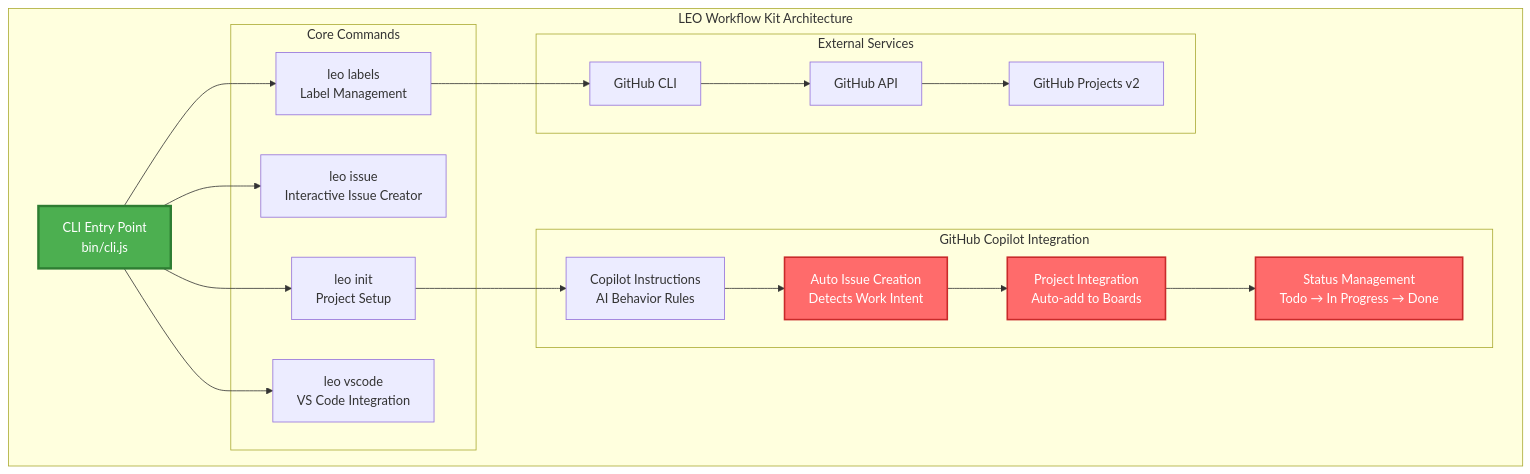
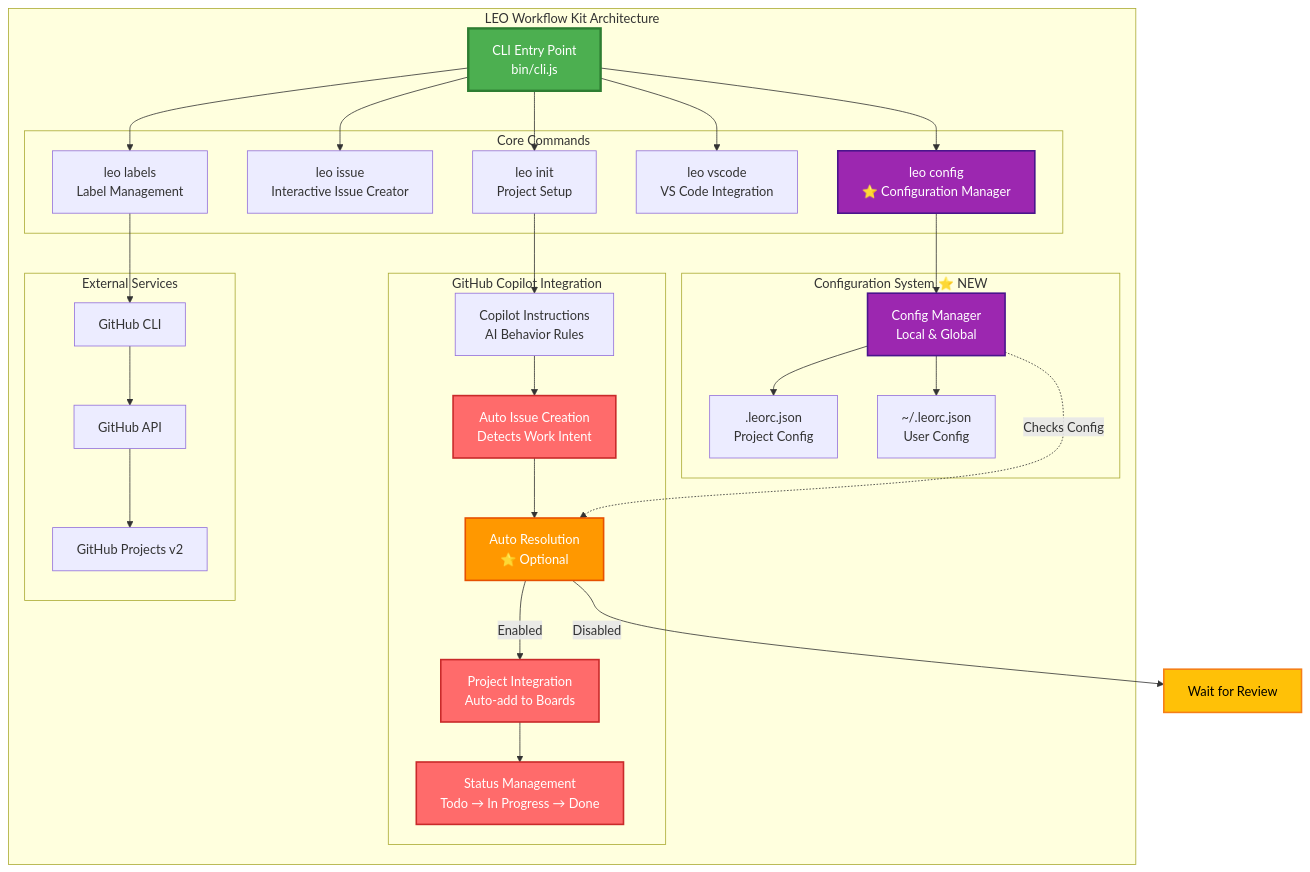
The first of 2 diagrams in README.md (leopagotto/ingvar-kit), drawn with Mermaid before and after one commit. The commit also changed other lines of this file and 3 other files, not shown here.

Commit message:
docs: update architecture diagrams & wiki for v2.6.0

````diff
--- a/README.md
+++ b/README.md
@@ -56,45 +56,66 @@
 ```mermaid
 graph TB
     subgraph "LEO Workflow Kit Architecture"
         CLI[CLI Entry Point<br/>bin/cli.js]
 
         subgraph "Core Commands"
             INIT[leo init<br/>Project Setup]
             ISSUE[leo issue<br/>Interactive Issue Creator]
             LABELS[leo labels<br/>Label Management]
             VSCODE[leo vscode<br/>VS Code Integration]
+            CONFIG[leo config<br/>⭐ Configuration Manager]
+        end
+
+        subgraph "Configuration System ⭐ NEW"
+            CONFIG_MGR[Config Manager<br/>Local & Global]
+            LOCAL_CFG[.leorc.json<br/>Project Config]
+            GLOBAL_CFG[~/.leorc.json<br/>User Config]
+            CONFIG_MGR --> LOCAL_CFG
+            CONFIG_MGR --> GLOBAL_CFG
         end
 
         subgraph "GitHub Copilot Integration"
             COPILOT_INST[Copilot Instructions<br/>AI Behavior Rules]
             AUTO_ISSUE[Auto Issue Creation<br/>Detects Work Intent]
+            AUTO_RESOLVE[Auto Resolution<br/>⭐ Optional]
             AUTO_PROJECT[Project Integration<br/>Auto-add to Boards]
             AUTO_STATUS[Status Management<br/>Todo → In Progress → Done]
         end
 
         subgraph "External Services"
             GH[GitHub CLI]
             GHAPI[GitHub API]
             GHPROJECTS[GitHub Projects v2]
         end
     end
 
     CLI --> INIT
     CLI --> ISSUE
     CLI --> LABELS
     CLI --> VSCODE
+    CLI --> CONFIG
+
+    CONFIG --> CONFIG_MGR
 
     INIT --> COPILOT_INST
     COPILOT_INST --> AUTO_ISSUE
-    AUTO_ISSUE --> AUTO_PROJECT
+    AUTO_ISSUE --> AUTO_RESOLVE
+    AUTO_RESOLVE -->|Enabled| AUTO_PROJECT
+    AUTO_RESOLVE -->|Disabled| WAIT[Wait for Review]
     AUTO_PROJECT --> AUTO_STATUS
+
+    CONFIG_MGR -.->|Checks Config| AUTO_RESOLVE
 
     LABELS --> GH
     GH --> GHAPI
     GHAPI --> GHPROJECTS
 
     style CLI fill:#4CAF50,stroke:#2E7D32,stroke-width:3px,color:#fff
+    style CONFIG fill:#9C27B0,stroke:#4A148C,stroke-width:2px,color:#fff
+    style CONFIG_MGR fill:#9C27B0,stroke:#4A148C,stroke-width:2px,color:#fff
     style AUTO_ISSUE fill:#FF6B6B,stroke:#C92A2A,stroke-width:2px,color:#fff
+    style AUTO_RESOLVE fill:#FF9800,stroke:#E65100,stroke-width:2px,color:#fff
     style AUTO_PROJECT fill:#FF6B6B,stroke:#C92A2A,stroke-width:2px,color:#fff
     style AUTO_STATUS fill:#FF6B6B,stroke:#C92A2A,stroke-width:2px,color:#fff
+    style WAIT fill:#FFC107,stroke:#F57F17,stroke-width:2px,color:#000
 ```
````
